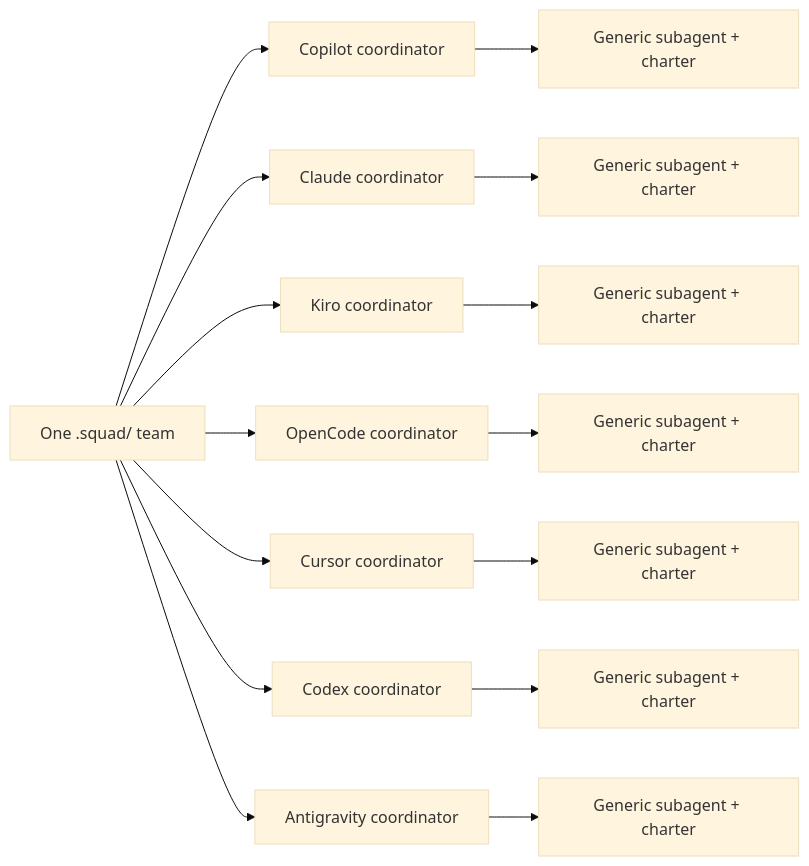
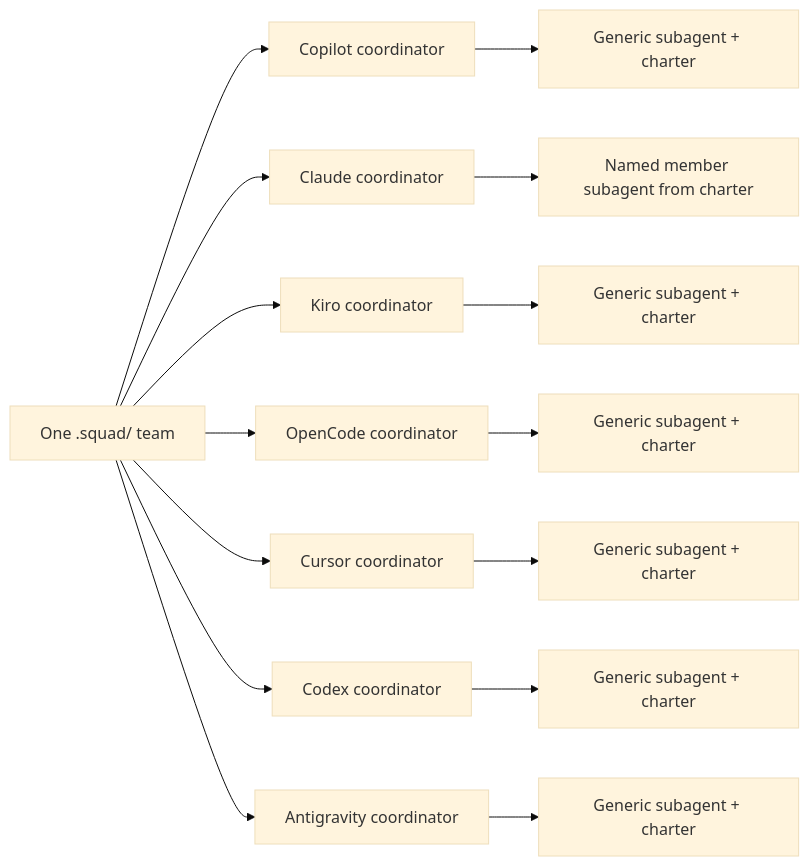
One commit to cwoodruff/squad-book changed the first of 5 diagrams in book/vol2/part-04/ch19-across-clients.md. Above: the diagram before and after it, drawn with Mermaid (base theme). The commit also changed other lines of this file and 89 other files, not shown here.

````diff
--- a/book/vol2/part-04/ch19-across-clients.md
+++ b/book/vol2/part-04/ch19-across-clients.md
@@ -22,17 +21,17 @@
 ```mermaid
 flowchart LR
   T["One .squad/ team"] --> C["Copilot coordinator"]
   T --> L["Claude coordinator"]
   T --> K["Kiro coordinator"]
   T --> O["OpenCode coordinator"]
   T --> U["Cursor coordinator"]
   T --> X["Codex coordinator"]
   T --> A["Antigravity coordinator"]
   C --> S1["Generic subagent + charter"]
-  L --> S2["Generic subagent + charter"]
+  L --> S2["Named member subagent from charter"]
   K --> S3["Generic subagent + charter"]
   O --> S4["Generic subagent + charter"]
   U --> S5["Generic subagent + charter"]
   X --> S6["Generic subagent + charter"]
   A --> S7["Generic subagent + charter"]
 ```
````
